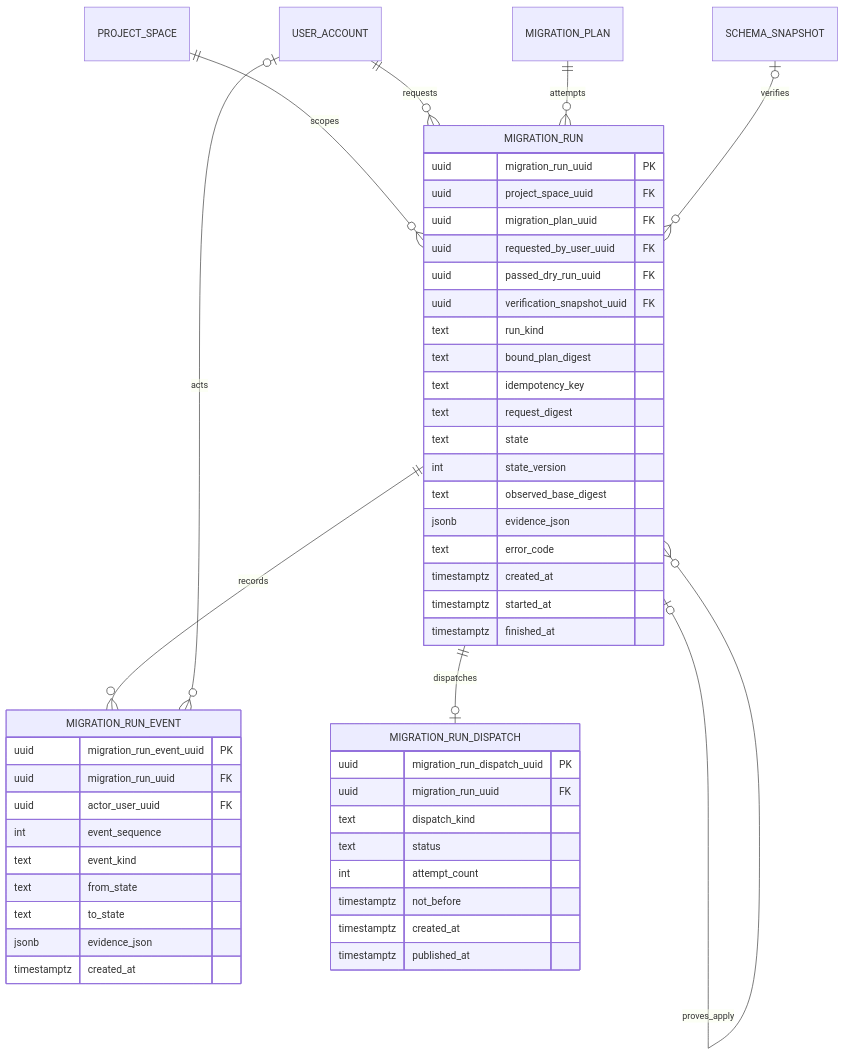
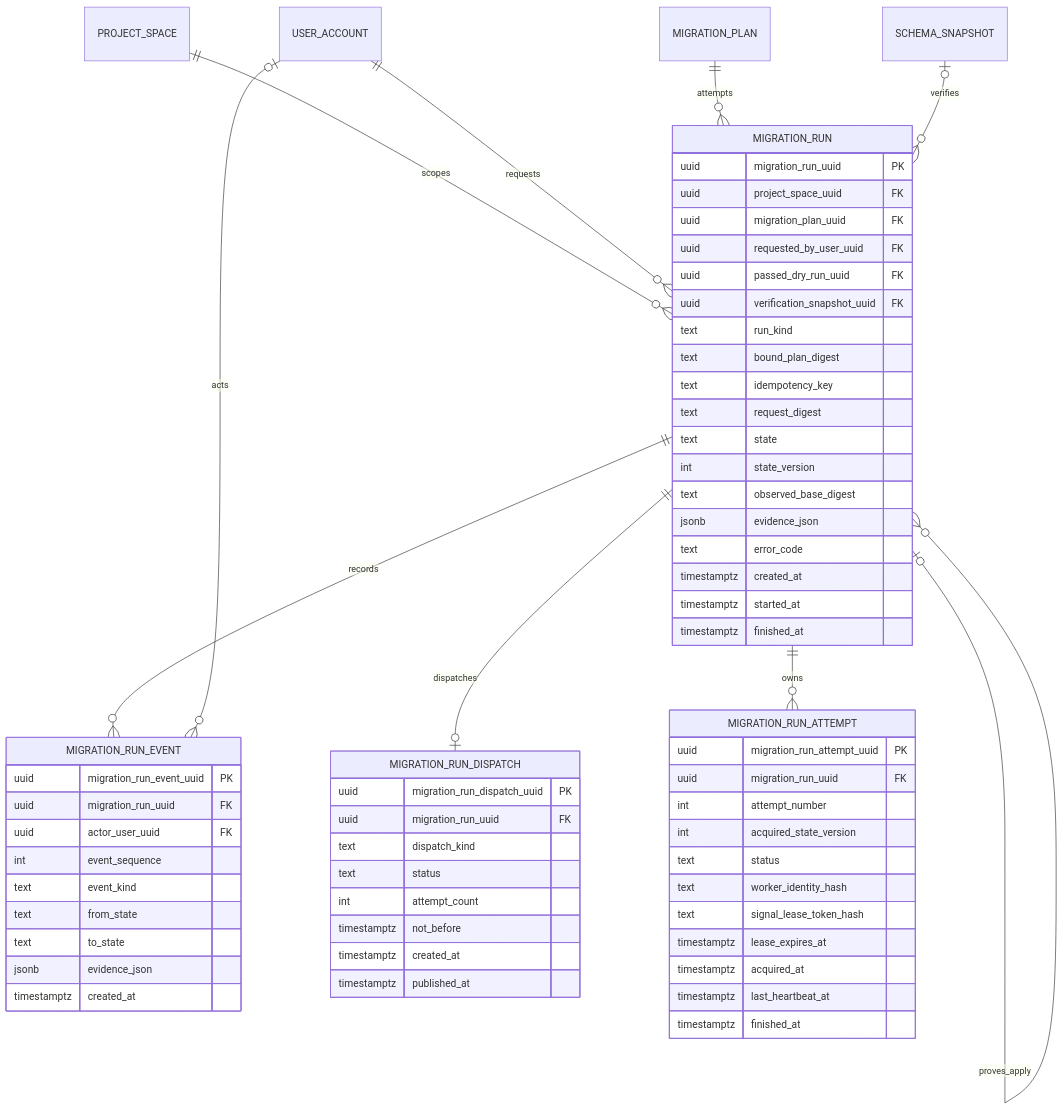
The second of 2 diagrams in docs/DATA_MODEL.md (ContextualWisdomLab/pg-erd-cloud), drawn with Mermaid before and after one commit. The commit also changed other lines of this file and 18 other files, not shown here.

Commit message:
feat: persist lease-bound migration attempts

````diff
--- a/docs/DATA_MODEL.md
+++ b/docs/DATA_MODEL.md
@@ -232,53 +255,67 @@
 ```mermaid
 erDiagram
   PROJECT_SPACE ||--o{ MIGRATION_RUN : scopes
   USER_ACCOUNT ||--o{ MIGRATION_RUN : requests
   MIGRATION_PLAN ||--o{ MIGRATION_RUN : attempts
   MIGRATION_RUN o|--o{ MIGRATION_RUN : proves_apply
   SCHEMA_SNAPSHOT o|--o{ MIGRATION_RUN : verifies
   MIGRATION_RUN ||--o{ MIGRATION_RUN_EVENT : records
   MIGRATION_RUN ||--o| MIGRATION_RUN_DISPATCH : dispatches
+  MIGRATION_RUN ||--o{ MIGRATION_RUN_ATTEMPT : owns
   USER_ACCOUNT o|--o{ MIGRATION_RUN_EVENT : acts
 
   MIGRATION_RUN {
     uuid migration_run_uuid PK
     uuid project_space_uuid FK
     uuid migration_plan_uuid FK
     uuid requested_by_user_uuid FK
     uuid passed_dry_run_uuid FK
     uuid verification_snapshot_uuid FK
     text run_kind
     text bound_plan_digest
     text idempotency_key
     text request_digest
     text state
     int state_version
     text observed_base_digest
     jsonb evidence_json
     text error_code
     timestamptz created_at
     timestamptz started_at
     timestamptz finished_at
   }
   MIGRATION_RUN_EVENT {
     uuid migration_run_event_uuid PK
     uuid migration_run_uuid FK
     uuid actor_user_uuid FK
     int event_sequence
     text event_kind
     text from_state
     text to_state
     jsonb evidence_json
     timestamptz created_at
   }
   MIGRATION_RUN_DISPATCH {
     uuid migration_run_dispatch_uuid PK
     uuid migration_run_uuid FK
     text dispatch_kind
     text status
     int attempt_count
     timestamptz not_before
     timestamptz created_at
     timestamptz published_at
   }
+  MIGRATION_RUN_ATTEMPT {
+    uuid migration_run_attempt_uuid PK
+    uuid migration_run_uuid FK
+    int attempt_number
+    int acquired_state_version
+    text status
+    text worker_identity_hash
+    text signal_lease_token_hash
+    timestamptz lease_expires_at
+    timestamptz acquired_at
+    timestamptz last_heartbeat_at
+    timestamptz finished_at
+  }
 ```
````
